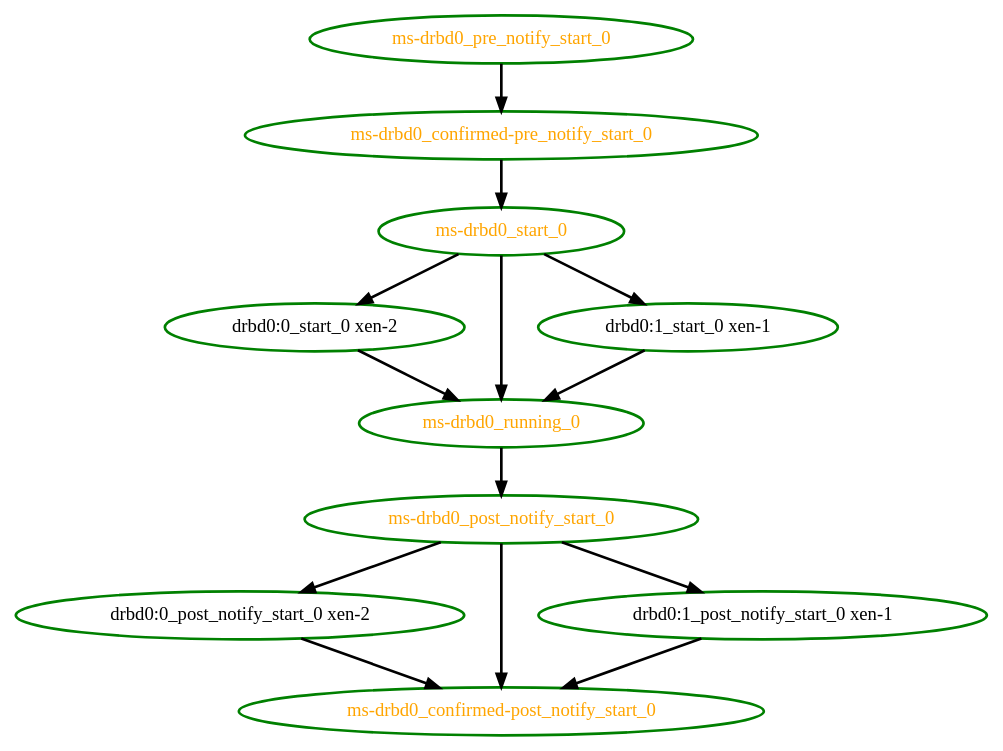
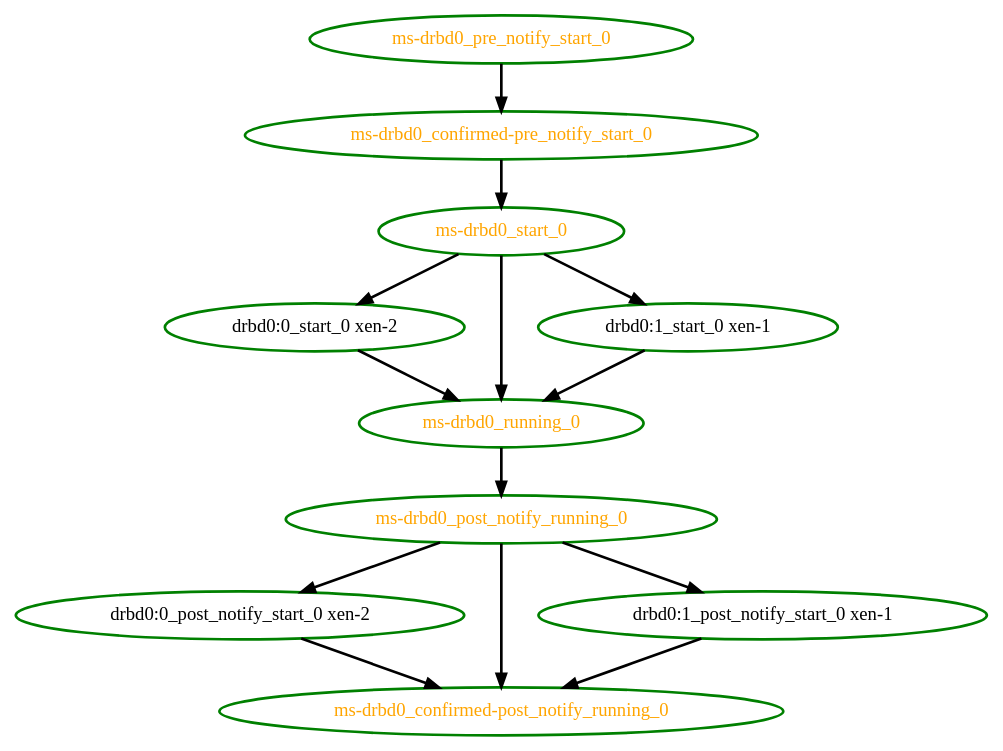
One commit to linux-ha-japan/pm_diskd changed the diagram in pengine/test10/novell-239079.dot. Above: the diagram before and after it, drawn with Graphviz. The commit also changed 68 other files, not shown here.

```diff
--- a/pengine/test10/novell-239079.dot
+++ b/pengine/test10/novell-239079.dot
@@ -1,25 +1,25 @@
  digraph "g" {
-"drbd0:0_post_notify_start_0 xen-2" -> "ms-drbd0_confirmed-post_notify_start_0" [ style = bold]
+"drbd0:0_post_notify_start_0 xen-2" -> "ms-drbd0_confirmed-post_notify_running_0" [ style = bold]
 "drbd0:0_post_notify_start_0 xen-2" [ style=bold color="green" fontcolor="black"  ]
 "drbd0:0_start_0 xen-2" -> "ms-drbd0_running_0" [ style = bold]
 "drbd0:0_start_0 xen-2" [ style=bold color="green" fontcolor="black"  ]
-"drbd0:1_post_notify_start_0 xen-1" -> "ms-drbd0_confirmed-post_notify_start_0" [ style = bold]
+"drbd0:1_post_notify_start_0 xen-1" -> "ms-drbd0_confirmed-post_notify_running_0" [ style = bold]
 "drbd0:1_post_notify_start_0 xen-1" [ style=bold color="green" fontcolor="black"  ]
 "drbd0:1_start_0 xen-1" -> "ms-drbd0_running_0" [ style = bold]
 "drbd0:1_start_0 xen-1" [ style=bold color="green" fontcolor="black"  ]
-"ms-drbd0_confirmed-post_notify_start_0" [ style=bold color="green" fontcolor="orange"  ]
+"ms-drbd0_confirmed-post_notify_running_0" [ style=bold color="green" fontcolor="orange"  ]
 "ms-drbd0_confirmed-pre_notify_start_0" -> "ms-drbd0_start_0" [ style = bold]
 "ms-drbd0_confirmed-pre_notify_start_0" [ style=bold color="green" fontcolor="orange"  ]
-"ms-drbd0_post_notify_start_0" -> "drbd0:0_post_notify_start_0 xen-2" [ style = bold]
-"ms-drbd0_post_notify_start_0" -> "drbd0:1_post_notify_start_0 xen-1" [ style = bold]
-"ms-drbd0_post_notify_start_0" -> "ms-drbd0_confirmed-post_notify_start_0" [ style = bold]
-"ms-drbd0_post_notify_start_0" [ style=bold color="green" fontcolor="orange"  ]
+"ms-drbd0_post_notify_running_0" -> "drbd0:0_post_notify_start_0 xen-2" [ style = bold]
+"ms-drbd0_post_notify_running_0" -> "drbd0:1_post_notify_start_0 xen-1" [ style = bold]
+"ms-drbd0_post_notify_running_0" -> "ms-drbd0_confirmed-post_notify_running_0" [ style = bold]
+"ms-drbd0_post_notify_running_0" [ style=bold color="green" fontcolor="orange"  ]
 "ms-drbd0_pre_notify_start_0" -> "ms-drbd0_confirmed-pre_notify_start_0" [ style = bold]
 "ms-drbd0_pre_notify_start_0" [ style=bold color="green" fontcolor="orange"  ]
-"ms-drbd0_running_0" -> "ms-drbd0_post_notify_start_0" [ style = bold]
+"ms-drbd0_running_0" -> "ms-drbd0_post_notify_running_0" [ style = bold]
 "ms-drbd0_running_0" [ style=bold color="green" fontcolor="orange"  ]
 "ms-drbd0_start_0" -> "drbd0:0_start_0 xen-2" [ style = bold]
 "ms-drbd0_start_0" -> "drbd0:1_start_0 xen-1" [ style = bold]
 "ms-drbd0_start_0" -> "ms-drbd0_running_0" [ style = bold]
 "ms-drbd0_start_0" [ style=bold color="green" fontcolor="orange"  ]
 }
```
